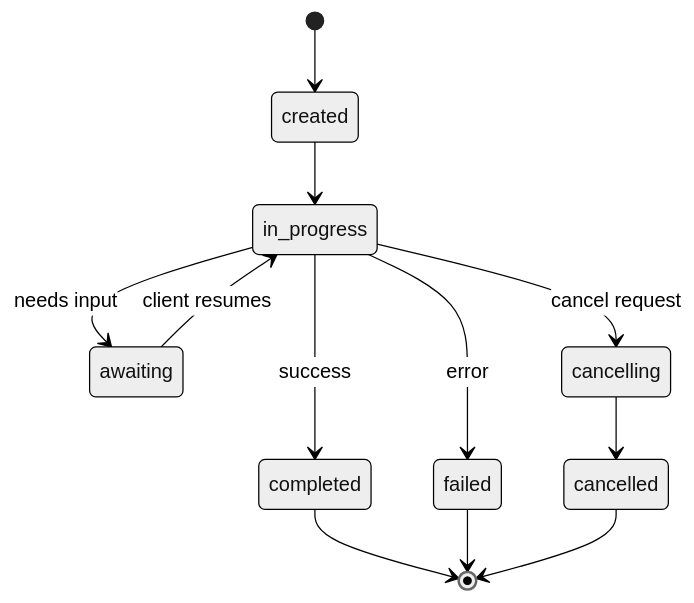
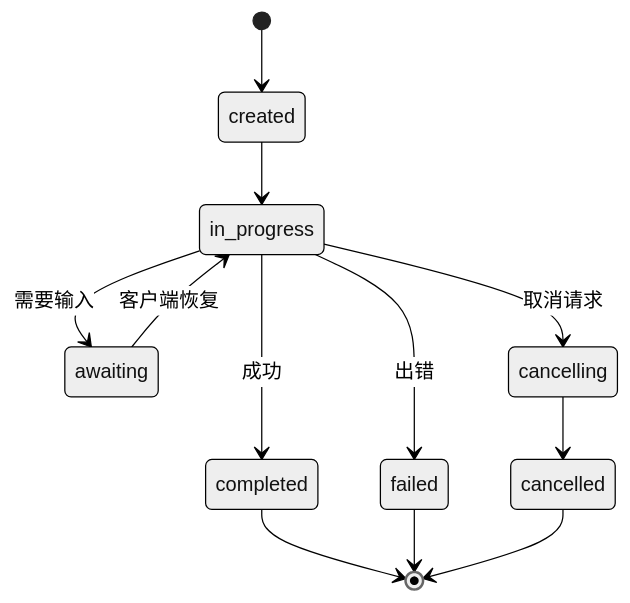
Before and after one commit to alessandrodinisio-ai/ai-engineering-learning-framework: the seventh of 13 diagrams in phases/16-multi-agent-and-swarms/03-communication-protocols/docs/zh.md, drawn with Mermaid (neutral theme). The commit also changed other lines of this file and 120 other files, not shown here.

First line of the commit message:
i18n(mermaid): 337 个 mermaid 图表标签中文化

````diff
--- a/phases/16-multi-agent-and-swarms/03-communication-protocols/docs/zh.md
+++ b/phases/16-multi-agent-and-swarms/03-communication-protocols/docs/zh.md
@@ -358,15 +358,15 @@
 ```mermaid
 stateDiagram-v2
     [*] --> created
     created --> in_progress
-    in_progress --> completed: success
-    in_progress --> failed: error
-    in_progress --> awaiting: needs input
-    awaiting --> in_progress: client resumes
-    in_progress --> cancelling: cancel request
+    in_progress --> completed: 成功
+    in_progress --> failed: 出错
+    in_progress --> awaiting: 需要输入
+    awaiting --> in_progress: 客户端恢复
+    in_progress --> cancelling: 取消请求
     cancelling --> cancelled
 
     completed --> [*]
     failed --> [*]
     cancelled --> [*]
 ```
````
